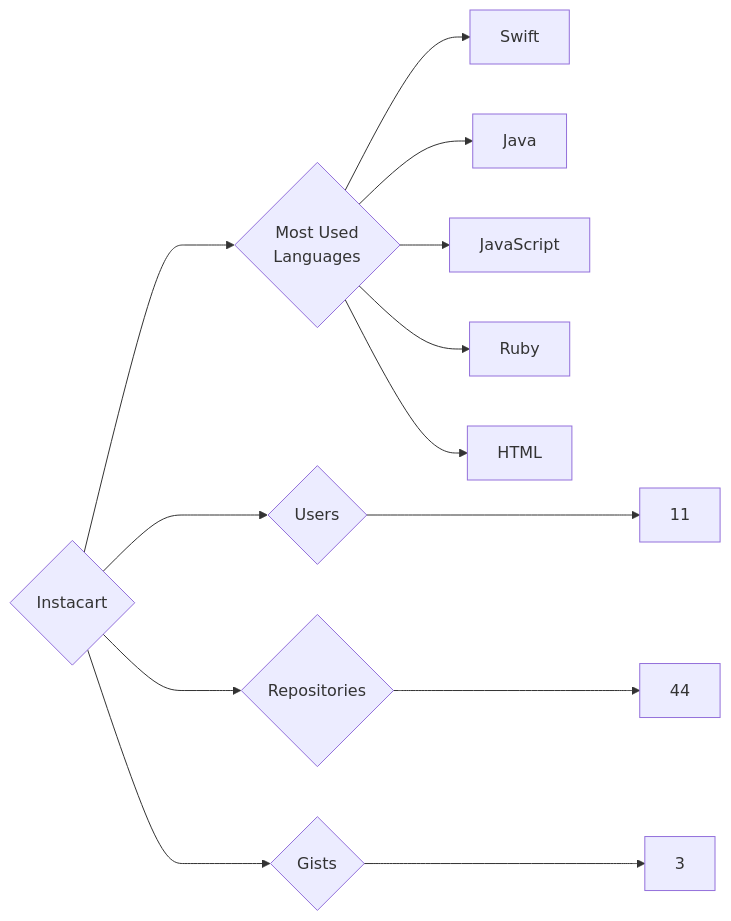
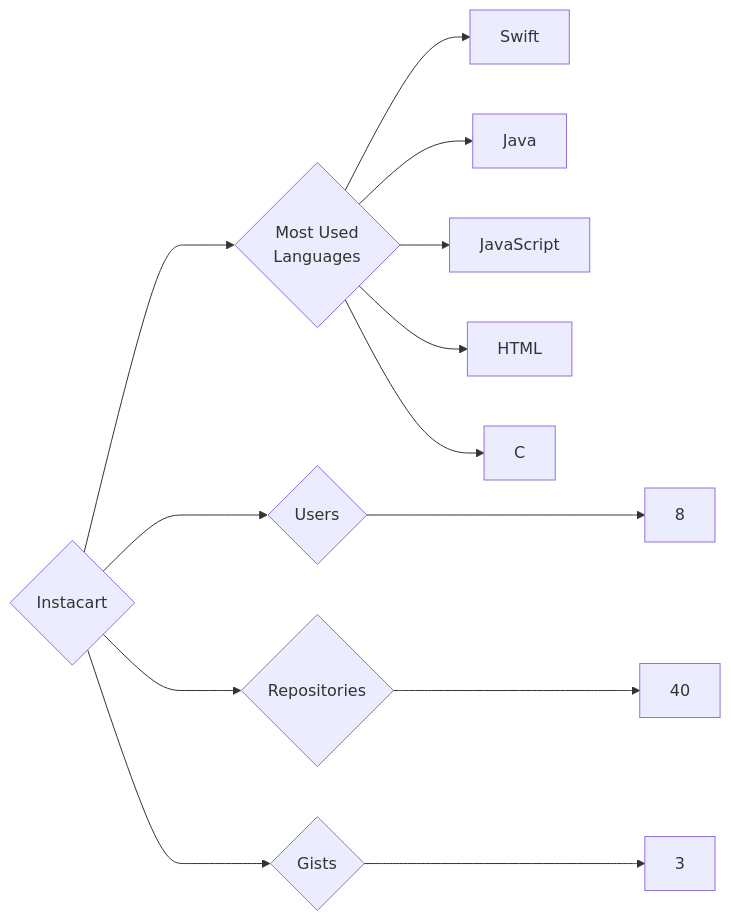
One commit to trickest/insiders changed the diagram in targets/Instacart/README.md. Above: the diagram before and after it, drawn with Mermaid. The commit also changed 997 other files, not shown here.

````diff
--- a/targets/Instacart/README.md
+++ b/targets/Instacart/README.md
@@ -3,13 +3,13 @@
 ```mermaid
 graph LR
 COMPANY_NAME{Instacart}
-COMPANY_NAME ---> U{Users} ---> UN[11]
-COMPANY_NAME ---> R{Repositories} ---> RN[44]
+COMPANY_NAME ---> U{Users} ---> UN[8]
+COMPANY_NAME ---> R{Repositories} ---> RN[40]
 COMPANY_NAME ---> G{Gists} ---> GN[3]
 COMPANY_NAME ---> ML{Most Used<br>Languages}
 ML --> Swift[Swift]
 ML --> Java[Java]
 ML --> JavaScript[JavaScript]
-ML --> Ruby[Ruby]
 ML --> HTML[HTML]
+ML --> C[C]
 ```
````
